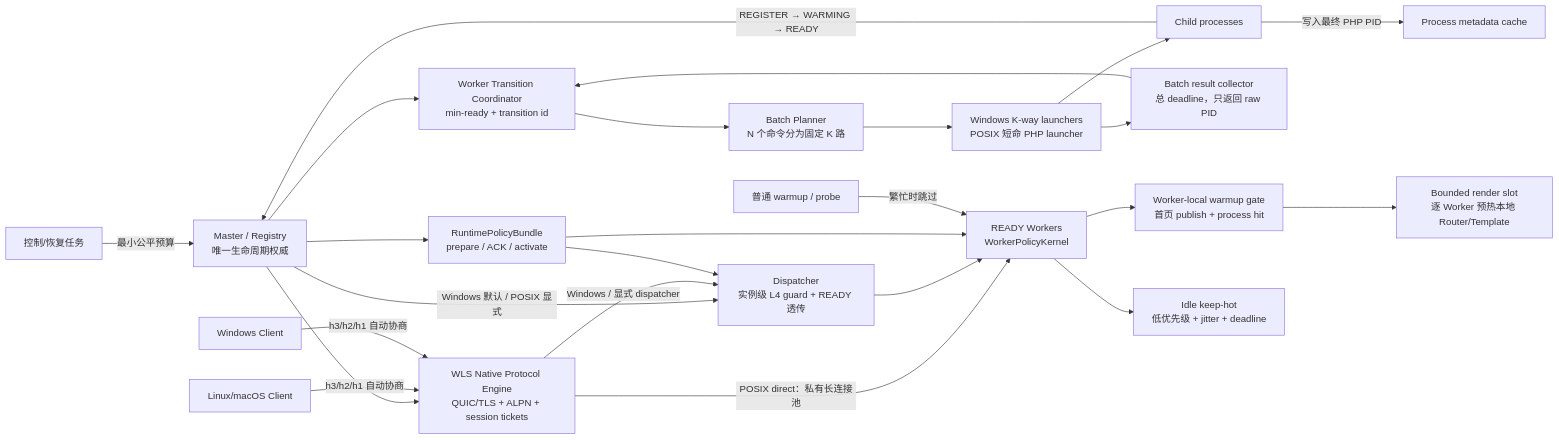
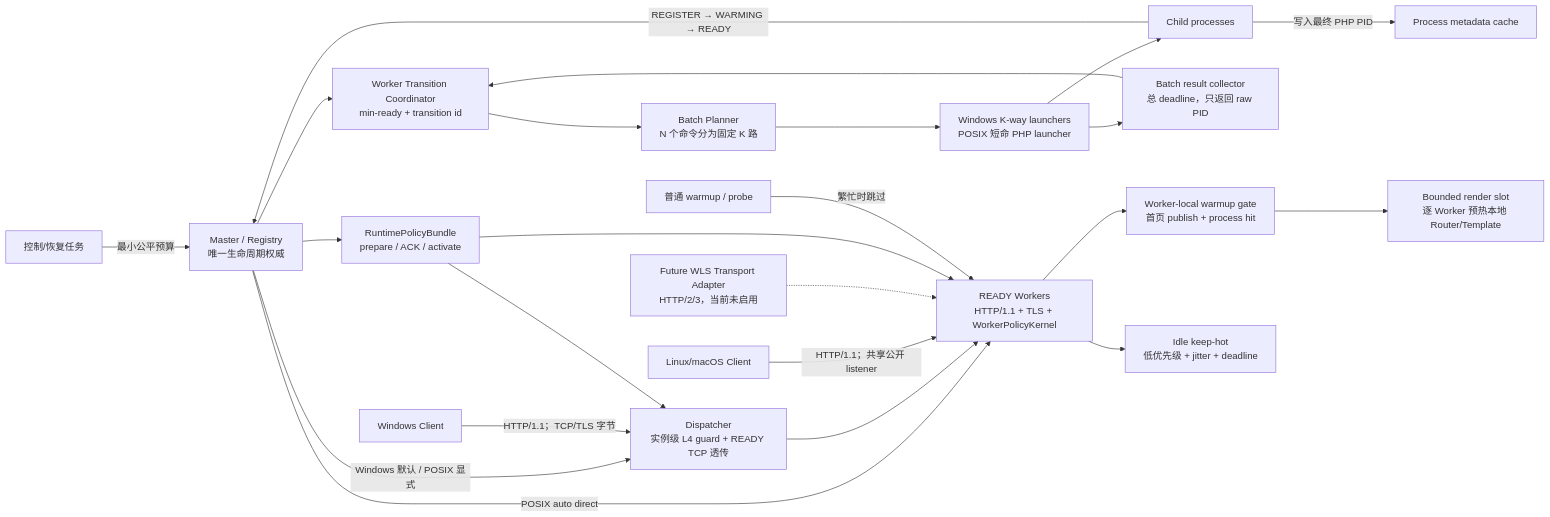
Before and after one commit to Aiweline/WelineFramework: the fourth of 7 diagrams in app/code/Weline/Server/doc/WLS架构图.md, drawn with Mermaid. The commit also changed other lines of this file and 23 other files, not shown here.

Commit message:
refactor(wls): remove Go protocol edge

````diff
--- a/app/code/Weline/Server/doc/WLS架构图.md
+++ b/app/code/Weline/Server/doc/WLS架构图.md
@@ -125,27 +127,26 @@
 ```mermaid
 flowchart LR
   M["Master / Registry\n唯一生命周期权威"] --> T["Worker Transition Coordinator\nmin-ready + transition id"]
   M --> P["RuntimePolicyBundle\nprepare / ACK / activate"]
   T --> BP["Batch Planner\nN 个命令分为固定 K 路"]
   BP --> L["Windows K-way launchers\nPOSIX 短命 PHP launcher"]
   L --> CH["Child processes"]
   L --> RC["Batch result collector\n总 deadline，只返回 raw PID"]
   RC --> T
   CH -->|"写入最终 PHP PID"| PS["Process metadata cache"]
   CH -->|"REGISTER → WARMING → READY"| M
 
-  M --> E["WLS Native Protocol Engine\nQUIC/TLS + ALPN + session tickets"]
-  M -->|"Windows 默认 / POSIX 显式"| D["Dispatcher\n实例级 L4 guard + READY 透传"]
-  E -->|"POSIX direct：私有长连接池"| W["READY Workers\nWorkerPolicyKernel"]
-  E -->|"Windows / 显式 dispatcher"| D
+  M -->|"POSIX auto direct"| W["READY Workers\nHTTP/1.1 + TLS + WorkerPolicyKernel"]
+  M -->|"Windows 默认 / POSIX 显式"| D["Dispatcher\n实例级 L4 guard + READY TCP 透传"]
   D --> W
-  CL["Linux/macOS Client"] -->|"h3/h2/h1 自动协商"| E
-  CW["Windows Client"] -->|"h3/h2/h1 自动协商"| E
+  CL["Linux/macOS Client"] -->|"HTTP/1.1；共享公开 listener"| W
+  CW["Windows Client"] -->|"HTTP/1.1；TCP/TLS 字节"| D
+  FUTURE["Future WLS Transport Adapter\nHTTP/2/3，当前未启用"] -.-> W
   P --> D
   P --> W
   W --> WG["Worker-local warmup gate\n首页 publish + process hit"]
   WG --> SR["Bounded render slot\n逐 Worker 预热本地 Router/Template"]
   W --> KH["Idle keep-hot\n低优先级 + jitter + deadline"]
   CTRL["控制/恢复任务"] -->|"最小公平预算"| M
   BG["普通 warmup / probe"] -->|"繁忙时跳过"| W
 ```
````
